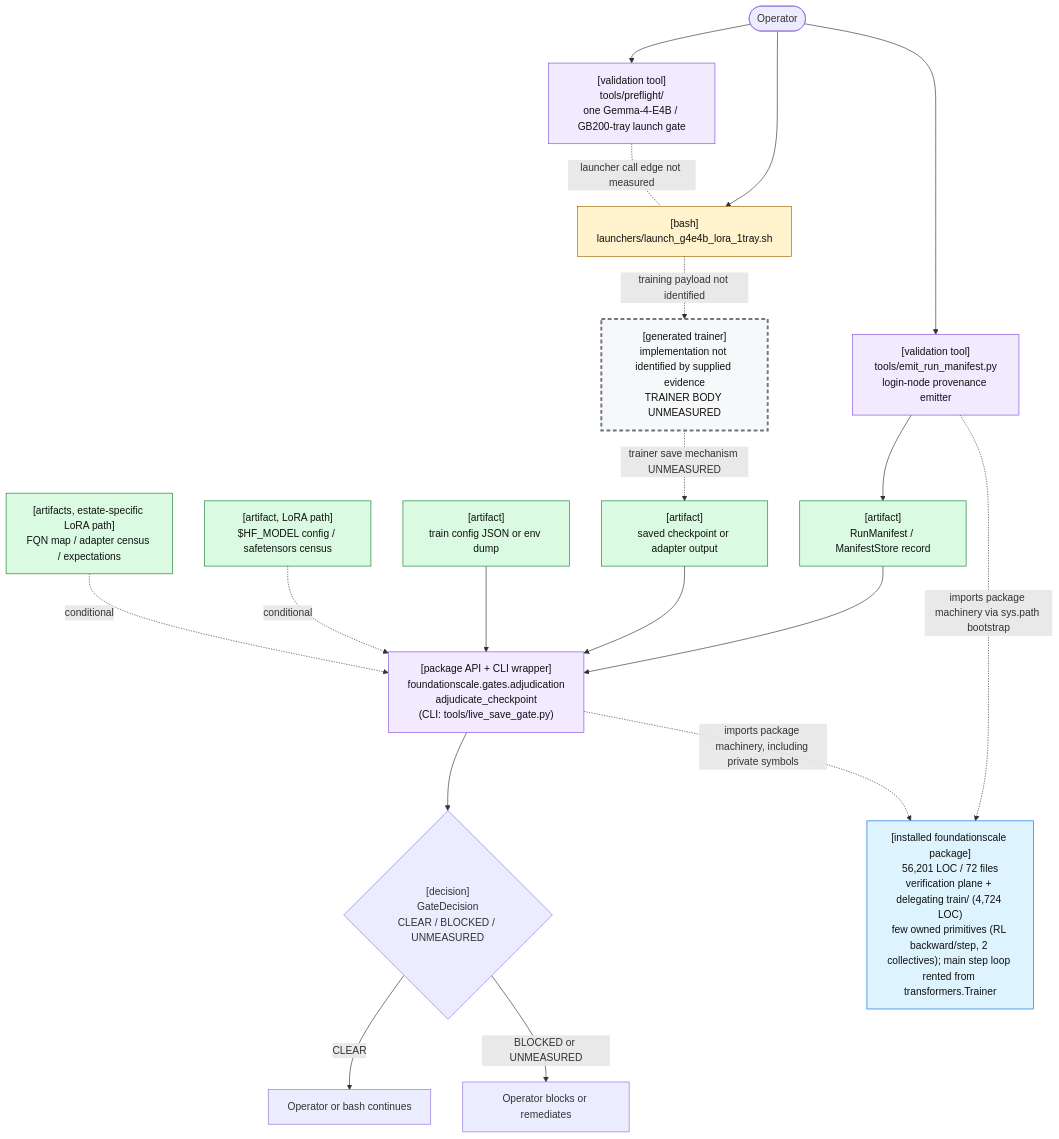
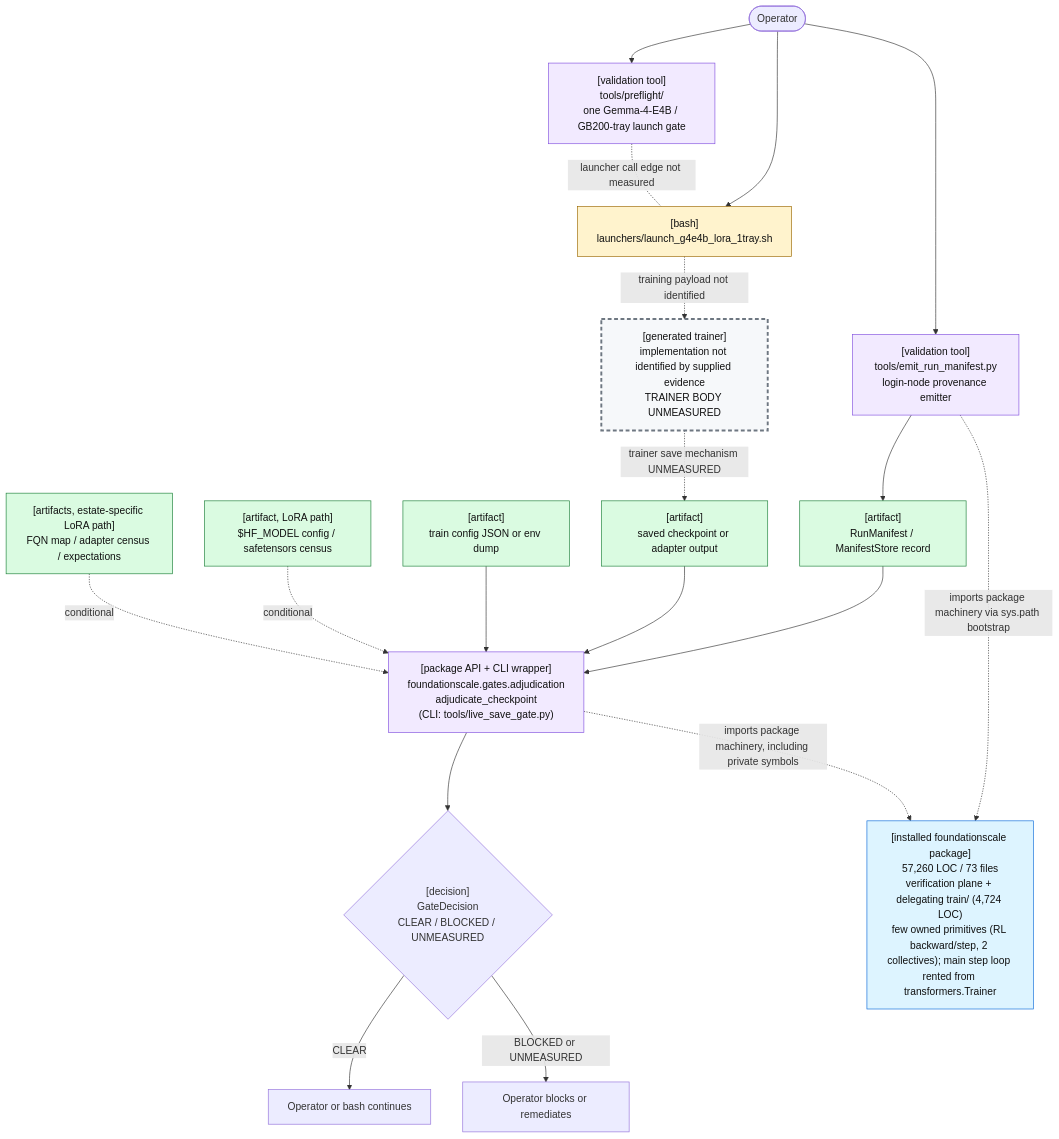
One commit to TranNhiem/FoundationScale changed the first of 2 diagrams in docs/review/D2_current_architecture.md. Above: the diagram before and after it, drawn with Mermaid. The commit also changed other lines of this file and 19 other files, not shown here.

````diff
--- a/docs/review/D2_current_architecture.md
+++ b/docs/review/D2_current_architecture.md
@@ -25,59 +25,59 @@
 ```mermaid
 flowchart TB
   O(["Operator"])
 
   PF["[validation tool]<br/>tools/preflight/<br/>one Gemma-4-E4B / GB200-tray launch gate"]
   L["[bash]<br/>launchers/launch_g4e4b_lora_1tray.sh"]
 
   E["[validation tool]<br/>tools/emit_run_manifest.py<br/>login-node provenance emitter"]
   M["[artifact]<br/>RunManifest / ManifestStore record"]
 
   T["[generated trainer]<br/>implementation not identified by supplied evidence<br/>TRAINER BODY UNMEASURED"]
   C["[artifact]<br/>saved checkpoint or adapter output"]
 
   G["[package API + CLI wrapper]<br/>foundationscale.gates.adjudication<br/>adjudicate_checkpoint<br/>(CLI: tools/live_save_gate.py)"]
   CFG["[artifact]<br/>train config JSON or env dump"]
   BASE["[artifact, LoRA path]<br/>$HF_MODEL config / safetensors census"]
   CEN["[artifacts, estate-specific LoRA path]<br/>FQN map / adapter census / expectations"]
 
   D{"[decision]<br/>GateDecision<br/>CLEAR / BLOCKED / UNMEASURED"}
   OK["Operator or bash continues"]
   NO["Operator blocks or remediates"]
 
-  PKG["[installed foundationscale package]<br/>56,201 LOC / 72 files<br/>verification plane + delegating train/ (4,724 LOC)<br/>few owned primitives (RL backward/step, 2 collectives); main step loop rented from transformers.Trainer"]
+  PKG["[installed foundationscale package]<br/>57,260 LOC / 73 files<br/>verification plane + delegating train/ (4,724 LOC)<br/>few owned primitives (RL backward/step, 2 collectives); main step loop rented from transformers.Trainer"]
 
   O --> PF
   O --> L
   PF -. "launcher call edge not measured" .- L
 
   O --> E
   E --> M
 
   L -. "training payload not identified" .-> T
   T -. "trainer save mechanism UNMEASURED" .-> C
 
   M --> G
   C --> G
   CFG --> G
   BASE -. "conditional" .-> G
   CEN -. "conditional" .-> G
 
   E -. "imports package machinery via sys.path bootstrap" .-> PKG
   G -. "imports package machinery, including private symbols" .-> PKG
 
   G --> D
   D -->|"CLEAR"| OK
   D -->|"BLOCKED or UNMEASURED"| NO
 
   classDef bash fill:#fff3cd,stroke:#9a6700,color:#111;
   classDef tool fill:#f2eaff,stroke:#8250df,color:#111;
   classDef artifact fill:#dafbe1,stroke:#1a7f37,color:#111;
   classDef gap fill:#f6f8fa,stroke:#6e7781,stroke-width:3px,stroke-dasharray: 6 4,color:#111;
   classDef pkg fill:#ddf4ff,stroke:#0969da,color:#111;
 
   class L bash;
   class PF,E,G tool;
   class M,C,CFG,BASE,CEN artifact;
   class T gap;
   class PKG pkg;
 ```
````
